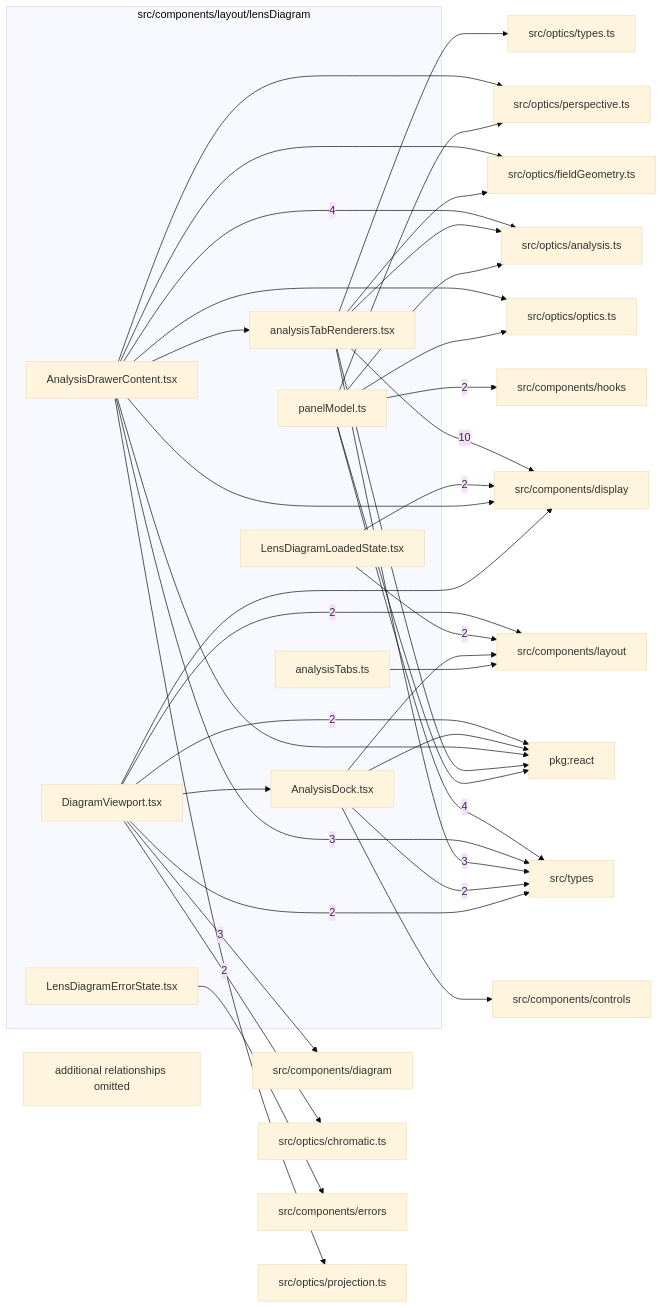
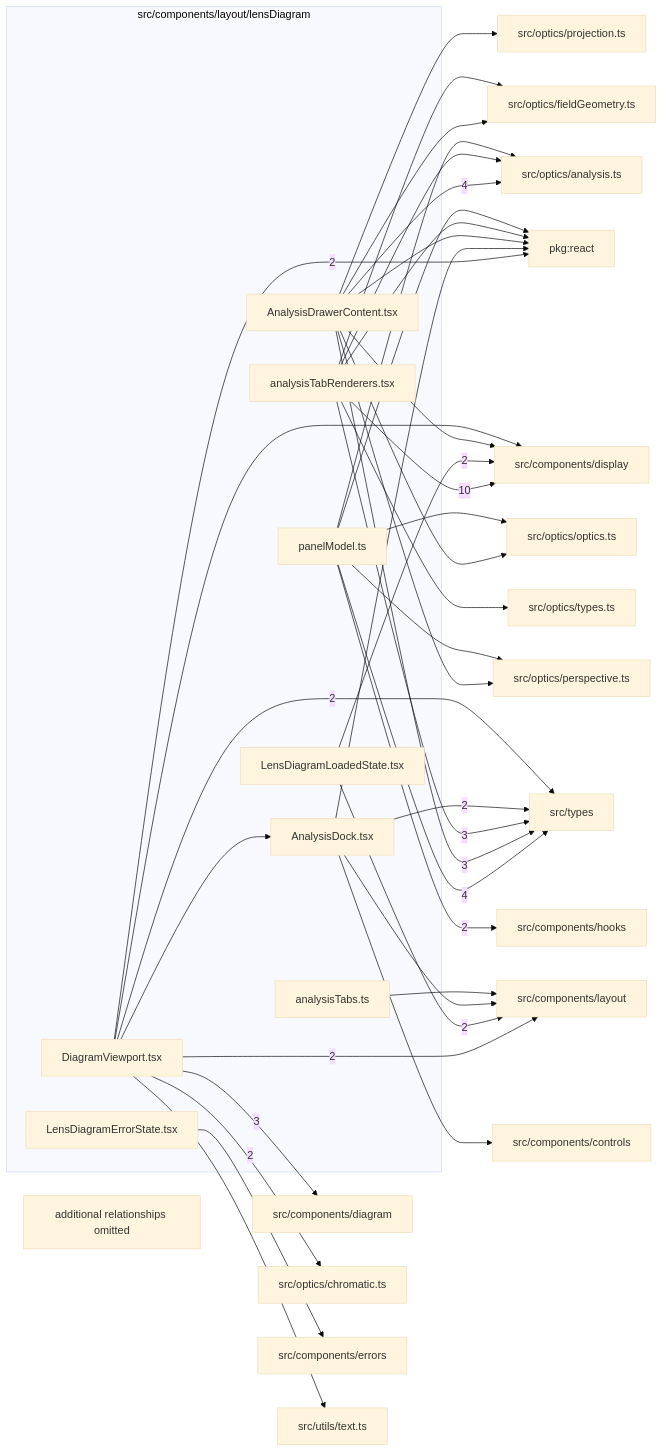
The diagram in src/components/layout/lensDiagram/readme.md (ronbuening/LensVisualizer), drawn with Mermaid (base theme) before and after one commit. The commit also changed other lines of this file and 134 other files, not shown here.

Commit message:
Fix translated text updates in lens views and analysis drawers (#769)

````diff
--- a/src/components/layout/lensDiagram/readme.md
+++ b/src/components/layout/lensDiagram/readme.md
@@ -9,65 +9,66 @@
 ```mermaid
 flowchart LR
   subgraph n_src_components_layout_lensDiagram["src/components/layout/lensDiagram"]
     n_src_components_layout_lensDiagram_src_components_layout_lensDiagram_AnalysisDock_tsx["AnalysisDock.tsx"]
     n_src_components_layout_lensDiagram_src_components_layout_lensDiagram_AnalysisDrawerContent_tsx["AnalysisDrawerContent.tsx"]
     n_src_components_layout_lensDiagram_src_components_layout_lensDiagram_analysisTabRenderers_tsx["analysisTabRenderers.tsx"]
     n_src_components_layout_lensDiagram_src_components_layout_lensDiagram_analysisTabs_ts["analysisTabs.ts"]
     n_src_components_layout_lensDiagram_src_components_layout_lensDiagram_DiagramViewport_tsx["DiagramViewport.tsx"]
     n_src_components_layout_lensDiagram_src_components_layout_lensDiagram_LensDiagramErrorState_tsx["LensDiagramErrorState.tsx"]
     n_src_components_layout_lensDiagram_src_components_layout_lensDiagram_LensDiagramLoadedState_tsx["LensDiagramLoadedState.tsx"]
     n_src_components_layout_lensDiagram_src_components_layout_lensDiagram_panelModel_ts["panelModel.ts"]
   end
   n_external_src_components_display["src/components/display"]
   n_external_src_optics_analysis_ts["src/optics/analysis.ts"]
   n_external_src_types["src/types"]
   n_external_src_components_diagram["src/components/diagram"]
   n_external_pkg_react["pkg:react"]
   n_external_src_components_hooks["src/components/hooks"]
   n_external_src_components_layout["src/components/layout"]
   n_external_src_optics_chromatic_ts["src/optics/chromatic.ts"]
   n_external_src_components_controls["src/components/controls"]
   n_external_src_components_errors["src/components/errors"]
   n_external_src_optics_fieldGeometry_ts["src/optics/fieldGeometry.ts"]
   n_external_src_optics_optics_ts["src/optics/optics.ts"]
   n_external_src_optics_perspective_ts["src/optics/perspective.ts"]
   n_external_src_optics_projection_ts["src/optics/projection.ts"]
   n_external_src_optics_types_ts["src/optics/types.ts"]
+  n_external_src_utils_text_ts["src/utils/text.ts"]
   n_src_components_layout_lensDiagram_src_components_layout_lensDiagram_analysisTabRenderers_tsx --> |10| n_external_src_components_display
   n_src_components_layout_lensDiagram_src_components_layout_lensDiagram_AnalysisDrawerContent_tsx --> |4| n_external_src_optics_analysis_ts
   n_src_components_layout_lensDiagram_src_components_layout_lensDiagram_panelModel_ts --> |4| n_external_src_types
   n_src_components_layout_lensDiagram_src_components_layout_lensDiagram_DiagramViewport_tsx --> |3| n_external_src_components_diagram
   n_src_components_layout_lensDiagram_src_components_layout_lensDiagram_AnalysisDrawerContent_tsx --> |3| n_external_src_types
   n_src_components_layout_lensDiagram_src_components_layout_lensDiagram_analysisTabRenderers_tsx --> |3| n_external_src_types
   n_src_components_layout_lensDiagram_src_components_layout_lensDiagram_DiagramViewport_tsx --> |2| n_external_pkg_react
   n_src_components_layout_lensDiagram_src_components_layout_lensDiagram_LensDiagramLoadedState_tsx --> |2| n_external_src_components_display
   n_src_components_layout_lensDiagram_src_components_layout_lensDiagram_panelModel_ts --> |2| n_external_src_components_hooks
   n_src_components_layout_lensDiagram_src_components_layout_lensDiagram_DiagramViewport_tsx --> |2| n_external_src_components_layout
   n_src_components_layout_lensDiagram_src_components_layout_lensDiagram_LensDiagramLoadedState_tsx --> |2| n_external_src_components_layout
   n_src_components_layout_lensDiagram_src_components_layout_lensDiagram_DiagramViewport_tsx --> |2| n_external_src_optics_chromatic_ts
   n_src_components_layout_lensDiagram_src_components_layout_lensDiagram_AnalysisDock_tsx --> |2| n_external_src_types
   n_src_components_layout_lensDiagram_src_components_layout_lensDiagram_DiagramViewport_tsx --> |2| n_external_src_types
   n_src_components_layout_lensDiagram_src_components_layout_lensDiagram_AnalysisDock_tsx --> n_external_pkg_react
   n_src_components_layout_lensDiagram_src_components_layout_lensDiagram_AnalysisDrawerContent_tsx --> n_external_pkg_react
   n_src_components_layout_lensDiagram_src_components_layout_lensDiagram_analysisTabRenderers_tsx --> n_external_pkg_react
   n_src_components_layout_lensDiagram_src_components_layout_lensDiagram_panelModel_ts --> n_external_pkg_react
   n_src_components_layout_lensDiagram_src_components_layout_lensDiagram_AnalysisDock_tsx --> n_external_src_components_controls
   n_src_components_layout_lensDiagram_src_components_layout_lensDiagram_AnalysisDrawerContent_tsx --> n_external_src_components_display
   n_src_components_layout_lensDiagram_src_components_layout_lensDiagram_DiagramViewport_tsx --> n_external_src_components_display
   n_src_components_layout_lensDiagram_src_components_layout_lensDiagram_LensDiagramErrorState_tsx --> n_external_src_components_errors
   n_src_components_layout_lensDiagram_src_components_layout_lensDiagram_AnalysisDock_tsx --> n_external_src_components_layout
   n_src_components_layout_lensDiagram_src_components_layout_lensDiagram_analysisTabs_ts --> n_external_src_components_layout
   n_src_components_layout_lensDiagram_src_components_layout_lensDiagram_analysisTabRenderers_tsx --> n_external_src_optics_analysis_ts
   n_src_components_layout_lensDiagram_src_components_layout_lensDiagram_panelModel_ts --> n_external_src_optics_analysis_ts
   n_src_components_layout_lensDiagram_src_components_layout_lensDiagram_AnalysisDrawerContent_tsx --> n_external_src_optics_fieldGeometry_ts
   n_src_components_layout_lensDiagram_src_components_layout_lensDiagram_analysisTabRenderers_tsx --> n_external_src_optics_fieldGeometry_ts
   n_src_components_layout_lensDiagram_src_components_layout_lensDiagram_AnalysisDrawerContent_tsx --> n_external_src_optics_optics_ts
   n_src_components_layout_lensDiagram_src_components_layout_lensDiagram_panelModel_ts --> n_external_src_optics_optics_ts
   n_src_components_layout_lensDiagram_src_components_layout_lensDiagram_AnalysisDrawerContent_tsx --> n_external_src_optics_perspective_ts
   n_src_components_layout_lensDiagram_src_components_layout_lensDiagram_panelModel_ts --> n_external_src_optics_perspective_ts
   n_src_components_layout_lensDiagram_src_components_layout_lensDiagram_AnalysisDrawerContent_tsx --> n_external_src_optics_projection_ts
   n_src_components_layout_lensDiagram_src_components_layout_lensDiagram_analysisTabRenderers_tsx --> n_external_src_optics_types_ts
+  n_src_components_layout_lensDiagram_src_components_layout_lensDiagram_DiagramViewport_tsx --> n_external_src_utils_text_ts
   n_src_components_layout_lensDiagram_src_components_layout_lensDiagram_DiagramViewport_tsx --> n_src_components_layout_lensDiagram_src_components_layout_lensDiagram_AnalysisDock_tsx
-  n_src_components_layout_lensDiagram_src_components_layout_lensDiagram_AnalysisDrawerContent_tsx --> n_src_components_layout_lensDiagram_src_components_layout_lensDiagram_analysisTabRenderers_tsx
   n_src_components_layout_lensDiagram_truncated["additional relationships omitted"]
 ```
````
